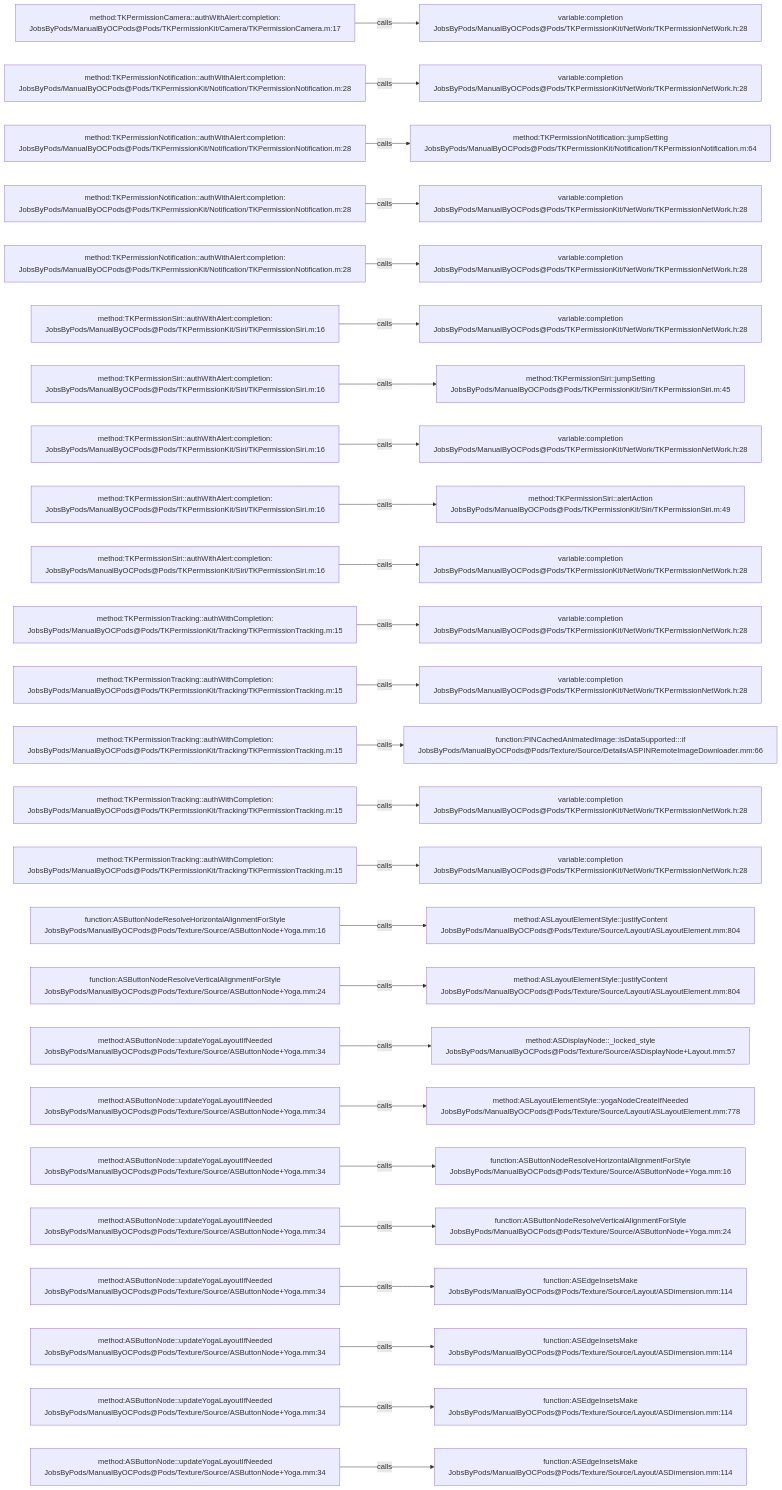
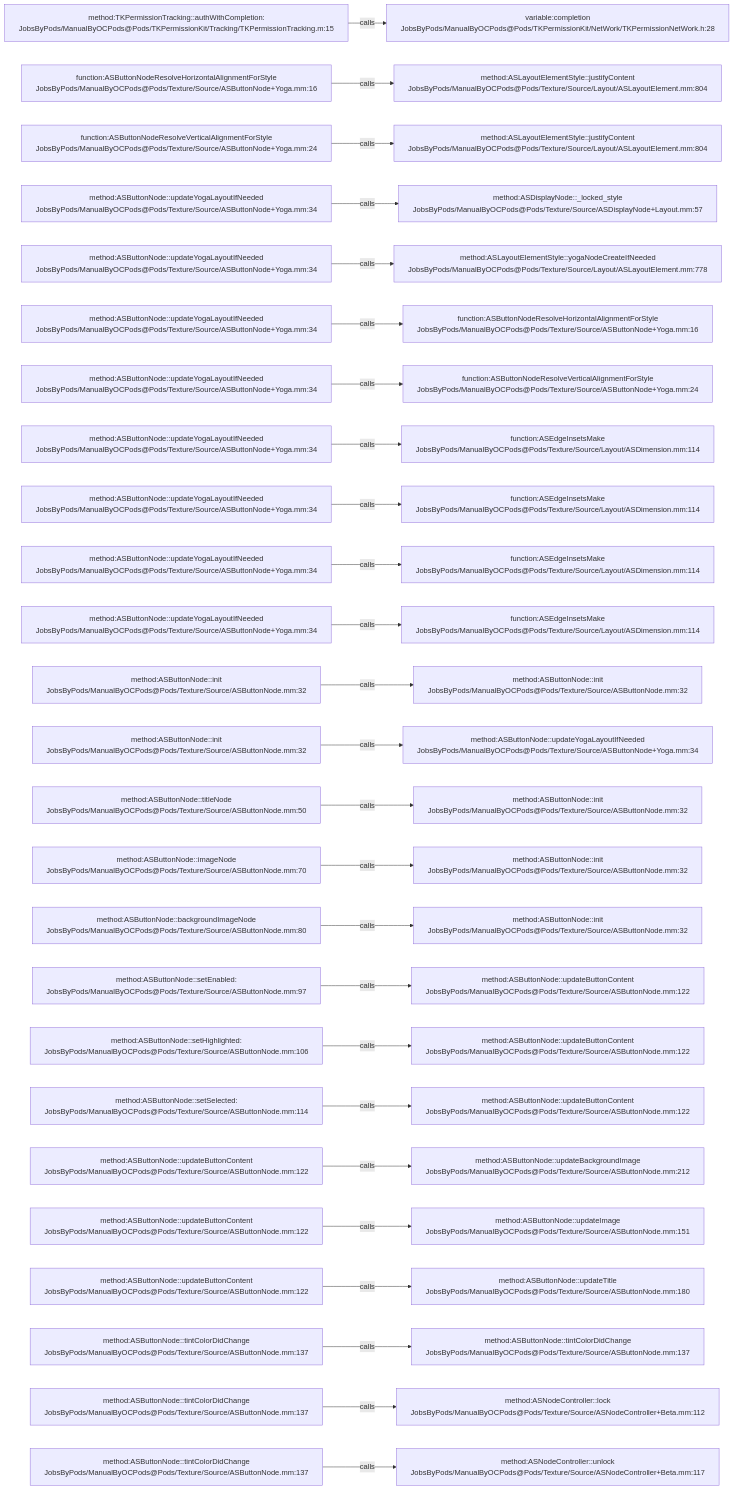
Before and after one commit to JobsKits/JobsOCBaseConfigDemo: the diagram in .codegraph/codegraph.md/graphs/calls-072.md, drawn with Mermaid. The commit also changed 296 other files, not shown here.

````diff
--- a/.codegraph/codegraph.md/graphs/calls-072.md
+++ b/.codegraph/codegraph.md/graphs/calls-072.md
@@ -13,78 +13,78 @@
 ```mermaid
 flowchart LR
-  S1["method:TKPermissionCamera::authWithAlert:completion:<br/>JobsByPods/ManualByOCPods@Pods/TKPermissionKit/Camera/TKPermissionCamera.m:17"]
+  S1["method:TKPermissionTracking::authWithCompletion:<br/>JobsByPods/ManualByOCPods@Pods/TKPermissionKit/Tracking/TKPermissionTracking.m:15"]
   T1["variable:completion<br/>JobsByPods/ManualByOCPods@Pods/TKPermissionKit/NetWork/TKPermissionNetWork.h:28"]
   S1 -->|calls| T1
-  S2["method:TKPermissionNotification::authWithAlert:completion:<br/>JobsByPods/ManualByOCPods@Pods/TKPermissionKit/Notification/TKPermissionNotification.m:28"]
-  T2["variable:completion<br/>JobsByPods/ManualByOCPods@Pods/TKPermissionKit/NetWork/TKPermissionNetWork.h:28"]
+  S2["function:ASButtonNodeResolveHorizontalAlignmentForStyle<br/>JobsByPods/ManualByOCPods@Pods/Texture/Source/ASButtonNode+Yoga.mm:16"]
+  T2["method:ASLayoutElementStyle::justifyContent<br/>JobsByPods/ManualByOCPods@Pods/Texture/Source/Layout/ASLayoutElement.mm:804"]
   S2 -->|calls| T2
-  S3["method:TKPermissionNotification::authWithAlert:completion:<br/>JobsByPods/ManualByOCPods@Pods/TKPermissionKit/Notification/TKPermissionNotification.m:28"]
-  T3["method:TKPermissionNotification::jumpSetting<br/>JobsByPods/ManualByOCPods@Pods/TKPermissionKit/Notification/TKPermissionNotification.m:64"]
+  S3["function:ASButtonNodeResolveVerticalAlignmentForStyle<br/>JobsByPods/ManualByOCPods@Pods/Texture/Source/ASButtonNode+Yoga.mm:24"]
+  T3["method:ASLayoutElementStyle::justifyContent<br/>JobsByPods/ManualByOCPods@Pods/Texture/Source/Layout/ASLayoutElement.mm:804"]
   S3 -->|calls| T3
-  S4["method:TKPermissionNotification::authWithAlert:completion:<br/>JobsByPods/ManualByOCPods@Pods/TKPermissionKit/Notification/TKPermissionNotification.m:28"]
-  T4["variable:completion<br/>JobsByPods/ManualByOCPods@Pods/TKPermissionKit/NetWork/TKPermissionNetWork.h:28"]
+  S4["method:ASButtonNode::updateYogaLayoutIfNeeded<br/>JobsByPods/ManualByOCPods@Pods/Texture/Source/ASButtonNode+Yoga.mm:34"]
+  T4["method:ASDisplayNode::_locked_style<br/>JobsByPods/ManualByOCPods@Pods/Texture/Source/ASDisplayNode+Layout.mm:57"]
   S4 -->|calls| T4
-  S5["method:TKPermissionNotification::authWithAlert:completion:<br/>JobsByPods/ManualByOCPods@Pods/TKPermissionKit/Notification/TKPermissionNotification.m:28"]
-  T5["variable:completion<br/>JobsByPods/ManualByOCPods@Pods/TKPermissionKit/NetWork/TKPermissionNetWork.h:28"]
+  S5["method:ASButtonNode::updateYogaLayoutIfNeeded<br/>JobsByPods/ManualByOCPods@Pods/Texture/Source/ASButtonNode+Yoga.mm:34"]
+  T5["method:ASLayoutElementStyle::yogaNodeCreateIfNeeded<br/>JobsByPods/ManualByOCPods@Pods/Texture/Source/Layout/ASLayoutElement.mm:778"]
   S5 -->|calls| T5
-  S6["method:TKPermissionSiri::authWithAlert:completion:<br/>JobsByPods/ManualByOCPods@Pods/TKPermissionKit/Siri/TKPermissionSiri.m:16"]
-  T6["variable:completion<br/>JobsByPods/ManualByOCPods@Pods/TKPermissionKit/NetWork/TKPermissionNetWork.h:28"]
+  S6["method:ASButtonNode::updateYogaLayoutIfNeeded<br/>JobsByPods/ManualByOCPods@Pods/Texture/Source/ASButtonNode+Yoga.mm:34"]
+  T6["function:ASButtonNodeResolveHorizontalAlignmentForStyle<br/>JobsByPods/ManualByOCPods@Pods/Texture/Source/ASButtonNode+Yoga.mm:16"]
   S6 -->|calls| T6
-  S7["method:TKPermissionSiri::authWithAlert:completion:<br/>JobsByPods/ManualByOCPods@Pods/TKPermissionKit/Siri/TKPermissionSiri.m:16"]
-  T7["method:TKPermissionSiri::jumpSetting<br/>JobsByPods/ManualByOCPods@Pods/TKPermissionKit/Siri/TKPermissionSiri.m:45"]
+  S7["method:ASButtonNode::updateYogaLayoutIfNeeded<br/>JobsByPods/ManualByOCPods@Pods/Texture/Source/ASButtonNode+Yoga.mm:34"]
+  T7["function:ASButtonNodeResolveVerticalAlignmentForStyle<br/>JobsByPods/ManualByOCPods@Pods/Texture/Source/ASButtonNode+Yoga.mm:24"]
   S7 -->|calls| T7
-  S8["method:TKPermissionSiri::authWithAlert:completion:<br/>JobsByPods/ManualByOCPods@Pods/TKPermissionKit/Siri/TKPermissionSiri.m:16"]
-  T8["variable:completion<br/>JobsByPods/ManualByOCPods@Pods/TKPermissionKit/NetWork/TKPermissionNetWork.h:28"]
+  S8["method:ASButtonNode::updateYogaLayoutIfNeeded<br/>JobsByPods/ManualByOCPods@Pods/Texture/Source/ASButtonNode+Yoga.mm:34"]
+  T8["function:ASEdgeInsetsMake<br/>JobsByPods/ManualByOCPods@Pods/Texture/Source/Layout/ASDimension.mm:114"]
   S8 -->|calls| T8
-  S9["method:TKPermissionSiri::authWithAlert:completion:<br/>JobsByPods/ManualByOCPods@Pods/TKPermissionKit/Siri/TKPermissionSiri.m:16"]
-  T9["method:TKPermissionSiri::alertAction<br/>JobsByPods/ManualByOCPods@Pods/TKPermissionKit/Siri/TKPermissionSiri.m:49"]
+  S9["method:ASButtonNode::updateYogaLayoutIfNeeded<br/>JobsByPods/ManualByOCPods@Pods/Texture/Source/ASButtonNode+Yoga.mm:34"]
+  T9["function:ASEdgeInsetsMake<br/>JobsByPods/ManualByOCPods@Pods/Texture/Source/Layout/ASDimension.mm:114"]
   S9 -->|calls| T9
-  S10["method:TKPermissionSiri::authWithAlert:completion:<br/>JobsByPods/ManualByOCPods@Pods/TKPermissionKit/Siri/TKPermissionSiri.m:16"]
-  T10["variable:completion<br/>JobsByPods/ManualByOCPods@Pods/TKPermissionKit/NetWork/TKPermissionNetWork.h:28"]
+  S10["method:ASButtonNode::updateYogaLayoutIfNeeded<br/>JobsByPods/ManualByOCPods@Pods/Texture/Source/ASButtonNode+Yoga.mm:34"]
+  T10["function:ASEdgeInsetsMake<br/>JobsByPods/ManualByOCPods@Pods/Texture/Source/Layout/ASDimension.mm:114"]
   S10 -->|calls| T10
-  S11["method:TKPermissionTracking::authWithCompletion:<br/>JobsByPods/ManualByOCPods@Pods/TKPermissionKit/Tracking/TKPermissionTracking.m:15"]
-  T11["variable:completion<br/>JobsByPods/ManualByOCPods@Pods/TKPermissionKit/NetWork/TKPermissionNetWork.h:28"]
+  S11["method:ASButtonNode::updateYogaLayoutIfNeeded<br/>JobsByPods/ManualByOCPods@Pods/Texture/Source/ASButtonNode+Yoga.mm:34"]
+  T11["function:ASEdgeInsetsMake<br/>JobsByPods/ManualByOCPods@Pods/Texture/Source/Layout/ASDimension.mm:114"]
   S11 -->|calls| T11
-  S12["method:TKPermissionTracking::authWithCompletion:<br/>JobsByPods/ManualByOCPods@Pods/TKPermissionKit/Tracking/TKPermissionTracking.m:15"]
-  T12["variable:completion<br/>JobsByPods/ManualByOCPods@Pods/TKPermissionKit/NetWork/TKPermissionNetWork.h:28"]
+  S12["method:ASButtonNode::init<br/>JobsByPods/ManualByOCPods@Pods/Texture/Source/ASButtonNode.mm:32"]
+  T12["method:ASButtonNode::init<br/>JobsByPods/ManualByOCPods@Pods/Texture/Source/ASButtonNode.mm:32"]
   S12 -->|calls| T12
-  S13["method:TKPermissionTracking::authWithCompletion:<br/>JobsByPods/ManualByOCPods@Pods/TKPermissionKit/Tracking/TKPermissionTracking.m:15"]
-  T13["function:PINCachedAnimatedImage::isDataSupported:::if<br/>JobsByPods/ManualByOCPods@Pods/Texture/Source/Details/ASPINRemoteImageDownloader.mm:66"]
+  S13["method:ASButtonNode::init<br/>JobsByPods/ManualByOCPods@Pods/Texture/Source/ASButtonNode.mm:32"]
+  T13["method:ASButtonNode::updateYogaLayoutIfNeeded<br/>JobsByPods/ManualByOCPods@Pods/Texture/Source/ASButtonNode+Yoga.mm:34"]
   S13 -->|calls| T13
-  S14["method:TKPermissionTracking::authWithCompletion:<br/>JobsByPods/ManualByOCPods@Pods/TKPermissionKit/Tracking/TKPermissionTracking.m:15"]
-  T14["variable:completion<br/>JobsByPods/ManualByOCPods@Pods/TKPermissionKit/NetWork/TKPermissionNetWork.h:28"]
+  S14["method:ASButtonNode::titleNode<br/>JobsByPods/ManualByOCPods@Pods/Texture/Source/ASButtonNode.mm:50"]
+  T14["method:ASButtonNode::init<br/>JobsByPods/ManualByOCPods@Pods/Texture/Source/ASButtonNode.mm:32"]
   S14 -->|calls| T14
-  S15["method:TKPermissionTracking::authWithCompletion:<br/>JobsByPods/ManualByOCPods@Pods/TKPermissionKit/Tracking/TKPermissionTracking.m:15"]
-  T15["variable:completion<br/>JobsByPods/ManualByOCPods@Pods/TKPermissionKit/NetWork/TKPermissionNetWork.h:28"]
+  S15["method:ASButtonNode::imageNode<br/>JobsByPods/ManualByOCPods@Pods/Texture/Source/ASButtonNode.mm:70"]
+  T15["method:ASButtonNode::init<br/>JobsByPods/ManualByOCPods@Pods/Texture/Source/ASButtonNode.mm:32"]
   S15 -->|calls| T15
-  S16["function:ASButtonNodeResolveHorizontalAlignmentForStyle<br/>JobsByPods/ManualByOCPods@Pods/Texture/Source/ASButtonNode+Yoga.mm:16"]
-  T16["method:ASLayoutElementStyle::justifyContent<br/>JobsByPods/ManualByOCPods@Pods/Texture/Source/Layout/ASLayoutElement.mm:804"]
+  S16["method:ASButtonNode::backgroundImageNode<br/>JobsByPods/ManualByOCPods@Pods/Texture/Source/ASButtonNode.mm:80"]
+  T16["method:ASButtonNode::init<br/>JobsByPods/ManualByOCPods@Pods/Texture/Source/ASButtonNode.mm:32"]
   S16 -->|calls| T16
-  S17["function:ASButtonNodeResolveVerticalAlignmentForStyle<br/>JobsByPods/ManualByOCPods@Pods/Texture/Source/ASButtonNode+Yoga.mm:24"]
-  T17["method:ASLayoutElementStyle::justifyContent<br/>JobsByPods/ManualByOCPods@Pods/Texture/Source/Layout/ASLayoutElement.mm:804"]
+  S17["method:ASButtonNode::setEnabled:<br/>JobsByPods/ManualByOCPods@Pods/Texture/Source/ASButtonNode.mm:97"]
+  T17["method:ASButtonNode::updateButtonContent<br/>JobsByPods/ManualByOCPods@Pods/Texture/Source/ASButtonNode.mm:122"]
   S17 -->|calls| T17
-  S18["method:ASButtonNode::updateYogaLayoutIfNeeded<br/>JobsByPods/ManualByOCPods@Pods/Texture/Source/ASButtonNode+Yoga.mm:34"]
-  T18["method:ASDisplayNode::_locked_style<br/>JobsByPods/ManualByOCPods@Pods/Texture/Source/ASDisplayNode+Layout.mm:57"]
+  S18["method:ASButtonNode::setHighlighted:<br/>JobsByPods/ManualByOCPods@Pods/Texture/Source/ASButtonNode.mm:106"]
+  T18["method:ASButtonNode::updateButtonContent<br/>JobsByPods/ManualByOCPods@Pods/Texture/Source/ASButtonNode.mm:122"]
   S18 -->|calls| T18
-  S19["method:ASButtonNode::updateYogaLayoutIfNeeded<br/>JobsByPods/ManualByOCPods@Pods/Texture/Source/ASButtonNode+Yoga.mm:34"]
-  T19["method:ASLayoutElementStyle::yogaNodeCreateIfNeeded<br/>JobsByPods/ManualByOCPods@Pods/Texture/Source/Layout/ASLayoutElement.mm:778"]
+  S19["method:ASButtonNode::setSelected:<br/>JobsByPods/ManualByOCPods@Pods/Texture/Source/ASButtonNode.mm:114"]
+  T19["method:ASButtonNode::updateButtonContent<br/>JobsByPods/ManualByOCPods@Pods/Texture/Source/ASButtonNode.mm:122"]
   S19 -->|calls| T19
-  S20["method:ASButtonNode::updateYogaLayoutIfNeeded<br/>JobsByPods/ManualByOCPods@Pods/Texture/Source/ASButtonNode+Yoga.mm:34"]
-  T20["function:ASButtonNodeResolveHorizontalAlignmentForStyle<br/>JobsByPods/ManualByOCPods@Pods/Texture/Source/ASButtonNode+Yoga.mm:16"]
+  S20["method:ASButtonNode::updateButtonContent<br/>JobsByPods/ManualByOCPods@Pods/Texture/Source/ASButtonNode.mm:122"]
+  T20["method:ASButtonNode::updateBackgroundImage<br/>JobsByPods/ManualByOCPods@Pods/Texture/Source/ASButtonNode.mm:212"]
   S20 -->|calls| T20
-  S21["method:ASButtonNode::updateYogaLayoutIfNeeded<br/>JobsByPods/ManualByOCPods@Pods/Texture/Source/ASButtonNode+Yoga.mm:34"]
-  T21["function:ASButtonNodeResolveVerticalAlignmentForStyle<br/>JobsByPods/ManualByOCPods@Pods/Texture/Source/ASButtonNode+Yoga.mm:24"]
+  S21["method:ASButtonNode::updateButtonContent<br/>JobsByPods/ManualByOCPods@Pods/Texture/Source/ASButtonNode.mm:122"]
+  T21["method:ASButtonNode::updateImage<br/>JobsByPods/ManualByOCPods@Pods/Texture/Source/ASButtonNode.mm:151"]
   S21 -->|calls| T21
-  S22["method:ASButtonNode::updateYogaLayoutIfNeeded<br/>JobsByPods/ManualByOCPods@Pods/Texture/Source/ASButtonNode+Yoga.mm:34"]
-  T22["function:ASEdgeInsetsMake<br/>JobsByPods/ManualByOCPods@Pods/Texture/Source/Layout/ASDimension.mm:114"]
+  S22["method:ASButtonNode::updateButtonContent<br/>JobsByPods/ManualByOCPods@Pods/Texture/Source/ASButtonNode.mm:122"]
+  T22["method:ASButtonNode::updateTitle<br/>JobsByPods/ManualByOCPods@Pods/Texture/Source/ASButtonNode.mm:180"]
   S22 -->|calls| T22
-  S23["method:ASButtonNode::updateYogaLayoutIfNeeded<br/>JobsByPods/ManualByOCPods@Pods/Texture/Source/ASButtonNode+Yoga.mm:34"]
-  T23["function:ASEdgeInsetsMake<br/>JobsByPods/ManualByOCPods@Pods/Texture/Source/Layout/ASDimension.mm:114"]
+  S23["method:ASButtonNode::tintColorDidChange<br/>JobsByPods/ManualByOCPods@Pods/Texture/Source/ASButtonNode.mm:137"]
+  T23["method:ASButtonNode::tintColorDidChange<br/>JobsByPods/ManualByOCPods@Pods/Texture/Source/ASButtonNode.mm:137"]
   S23 -->|calls| T23
-  S24["method:ASButtonNode::updateYogaLayoutIfNeeded<br/>JobsByPods/ManualByOCPods@Pods/Texture/Source/ASButtonNode+Yoga.mm:34"]
-  T24["function:ASEdgeInsetsMake<br/>JobsByPods/ManualByOCPods@Pods/Texture/Source/Layout/ASDimension.mm:114"]
+  S24["method:ASButtonNode::tintColorDidChange<br/>JobsByPods/ManualByOCPods@Pods/Texture/Source/ASButtonNode.mm:137"]
+  T24["method:ASNodeController::lock<br/>JobsByPods/ManualByOCPods@Pods/Texture/Source/ASNodeController+Beta.mm:112"]
   S24 -->|calls| T24
-  S25["method:ASButtonNode::updateYogaLayoutIfNeeded<br/>JobsByPods/ManualByOCPods@Pods/Texture/Source/ASButtonNode+Yoga.mm:34"]
-  T25["function:ASEdgeInsetsMake<br/>JobsByPods/ManualByOCPods@Pods/Texture/Source/Layout/ASDimension.mm:114"]
+  S25["method:ASButtonNode::tintColorDidChange<br/>JobsByPods/ManualByOCPods@Pods/Texture/Source/ASButtonNode.mm:137"]
+  T25["method:ASNodeController::unlock<br/>JobsByPods/ManualByOCPods@Pods/Texture/Source/ASNodeController+Beta.mm:117"]
   S25 -->|calls| T25
 ```
````
